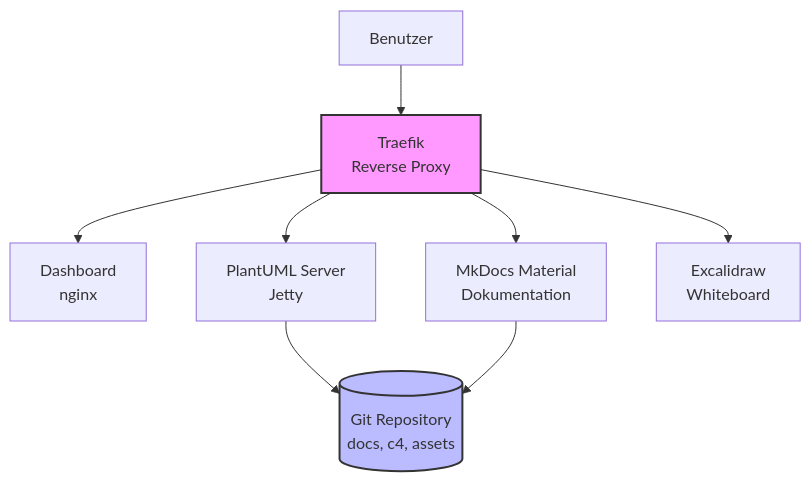
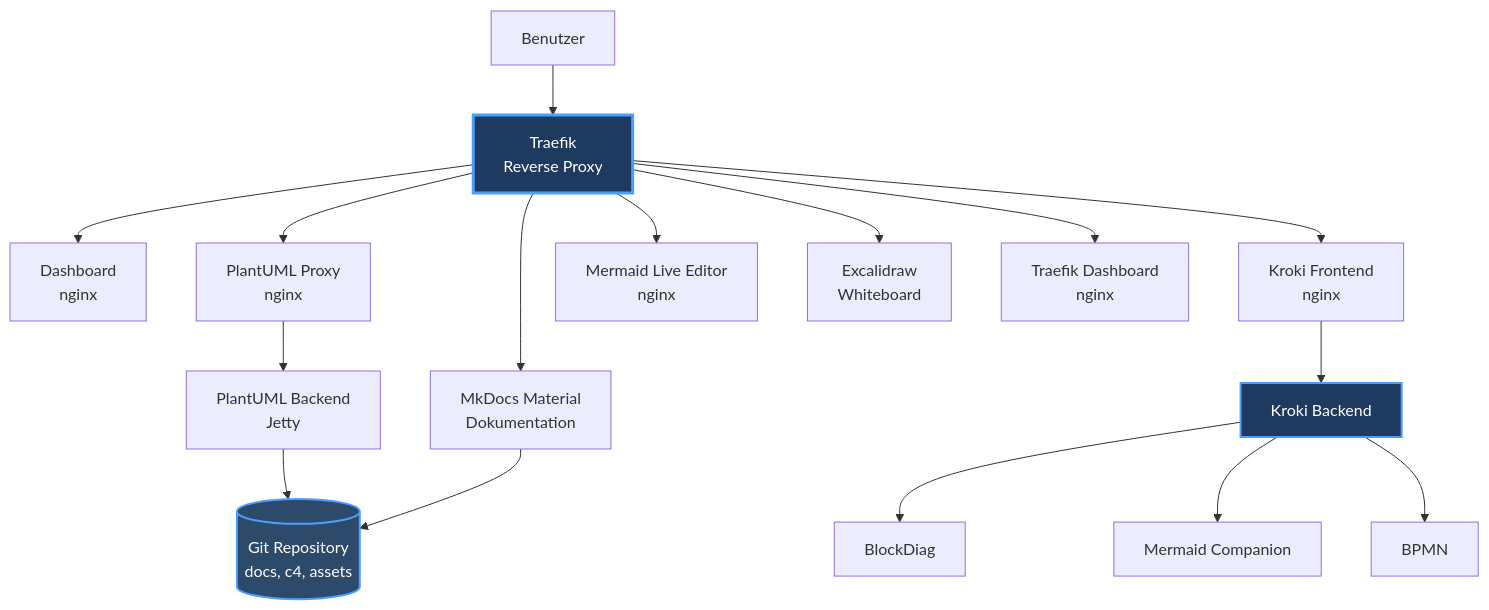
Before and after one commit to JoZapf/EKMP-C4-arch-containerized-visualization-environment: the first of 3 diagrams in repo/docs/architecture/overview.md, drawn with Mermaid. The commit also changed other lines of this file and 34 other files, not shown here.

````diff
--- a/repo/docs/architecture/overview.md
+++ b/repo/docs/architecture/overview.md
@@ -5,15 +5,25 @@
 ```mermaid
 graph TB
     User[Benutzer] --> ReverseProxy[Traefik<br/>Reverse Proxy]
 
     ReverseProxy --> Dashboard[Dashboard<br/>nginx]
-    ReverseProxy --> PlantUML[PlantUML Server<br/>Jetty]
+    ReverseProxy --> PlantUMLProxy[PlantUML Proxy<br/>nginx]
+    ReverseProxy --> Kroki[Kroki Frontend<br/>nginx]
+    ReverseProxy --> Mermaid[Mermaid Live Editor<br/>nginx]
     ReverseProxy --> Docs[MkDocs Material<br/>Dokumentation]
     ReverseProxy --> Excalidraw[Excalidraw<br/>Whiteboard]
+    ReverseProxy --> TraefikDash[Traefik Dashboard<br/>nginx]
+
+    PlantUMLProxy --> PlantUML[PlantUML Backend<br/>Jetty]
+    Kroki --> KrokiBackend[Kroki Backend]
+    KrokiBackend --> KrokiBlockDiag[BlockDiag]
+    KrokiBackend --> KrokiMermaidComp[Mermaid Companion]
+    KrokiBackend --> KrokiBPMN[BPMN]
 
     PlantUML --> Repo[(Git Repository<br/>docs, c4, assets)]
     Docs --> Repo
 
-    style ReverseProxy fill:#f9f,stroke:#333,stroke-width:2px
-    style Repo fill:#bbf,stroke:#333,stroke-width:2px
+    style ReverseProxy fill:#1e3a5f,stroke:#4a9eff,stroke-width:3px,color:#fff
+    style Repo fill:#2d4a6b,stroke:#4a9eff,stroke-width:2px,color:#fff
+    style KrokiBackend fill:#1e3a5f,stroke:#4a9eff,stroke-width:2px,color:#fff
 ```
````
